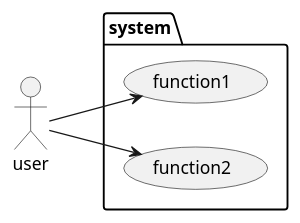
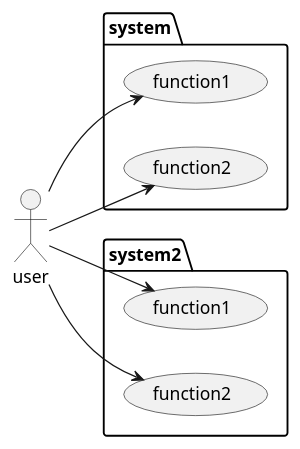
One commit to w22054/-w22054-10- changed the diagram in usecase.pu. Above: the diagram before and after it, drawn with PlantUML.

```diff
--- a/usecase.pu
+++ b/usecase.pu
@@ -1,9 +1,15 @@
 @startuml
 left to right direction
 package system{
     usecase "function1" as f1
     usecase "function2" as f2
 }
 :user:-->f1
 :user:-->f2
+package system2{
+    usecase "function1" as f3
+    usecase "function2" as f4
+}
+:user:-->f3
+:user:-->f4
 @enduml
```
